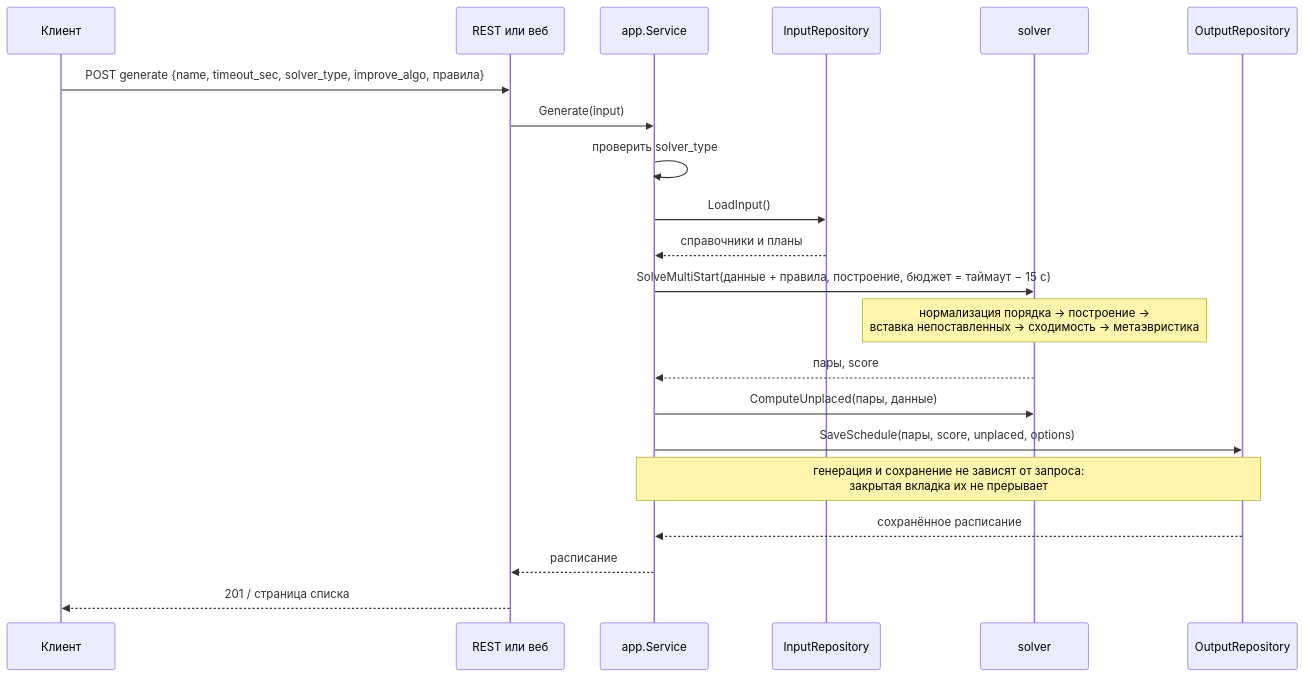
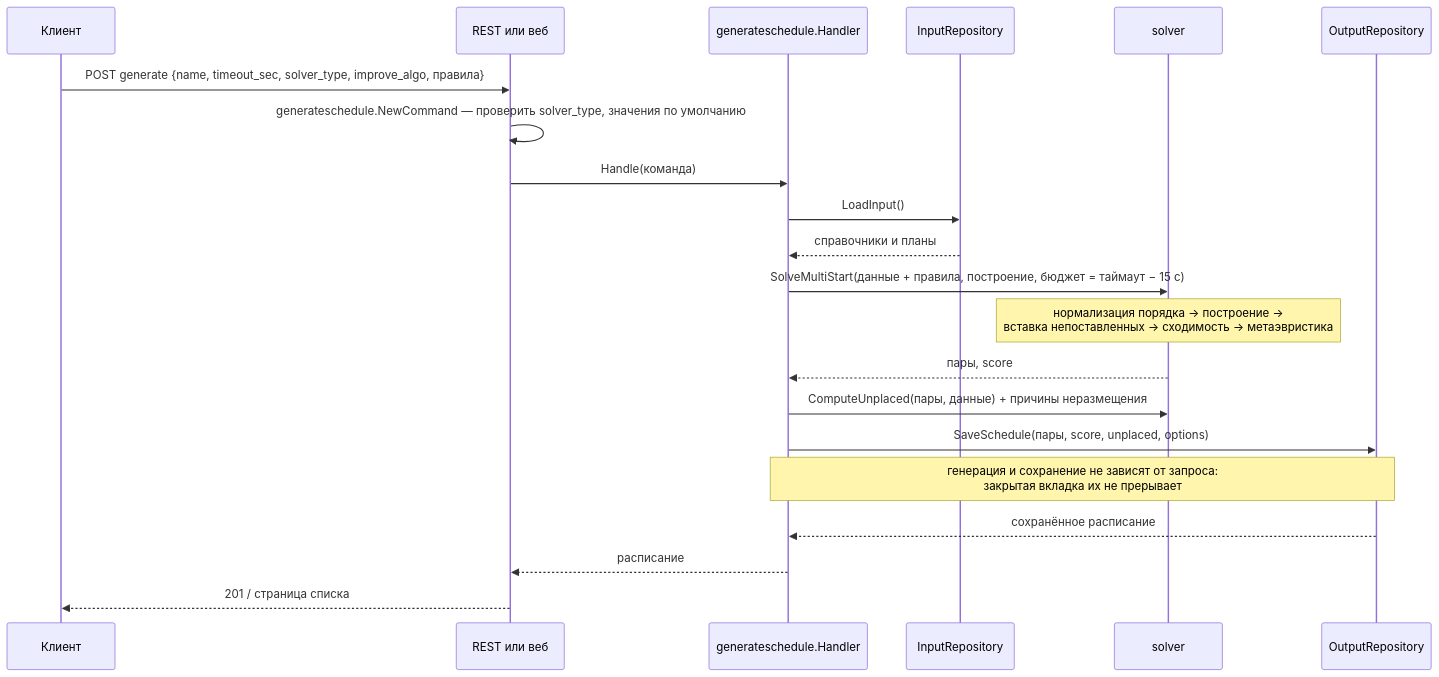
Before and after one commit to KolManis/uni-scheduler: the third of 6 diagrams in docs/spec/06-diagrams.md, drawn with Mermaid. The commit also changed other lines of this file and 53 other files, not shown here.

````diff
--- a/docs/spec/06-diagrams.md
+++ b/docs/spec/06-diagrams.md
@@ -64,24 +64,24 @@
 ```mermaid
 sequenceDiagram
   participant C as Клиент
   participant H as REST или веб
-  participant S as app.Service
+  participant S as generateschedule.Handler
   participant IR as InputRepository
   participant SL as solver
   participant OR as OutputRepository
 
   C->>H: POST generate {name, timeout_sec, solver_type, improve_algo, правила}
-  H->>S: Generate(input)
-  S->>S: проверить solver_type
+  H->>H: generateschedule.NewCommand — проверить solver_type, значения по умолчанию
+  H->>S: Handle(команда)
   S->>IR: LoadInput()
   IR-->>S: справочники и планы
   S->>SL: SolveMultiStart(данные + правила, построение, бюджет = таймаут − 15 с)
   Note over SL: нормализация порядка → построение →<br/>вставка непоставленных → сходимость → метаэвристика
   SL-->>S: пары, score
-  S->>SL: ComputeUnplaced(пары, данные)
+  S->>SL: ComputeUnplaced(пары, данные) + причины неразмещения
   S->>OR: SaveSchedule(пары, score, unplaced, options)
   Note over S,OR: генерация и сохранение не зависят от запроса:<br/>закрытая вкладка их не прерывает
   OR-->>S: сохранённое расписание
   S-->>H: расписание
   H-->>C: 201 / страница списка
 ```
````
